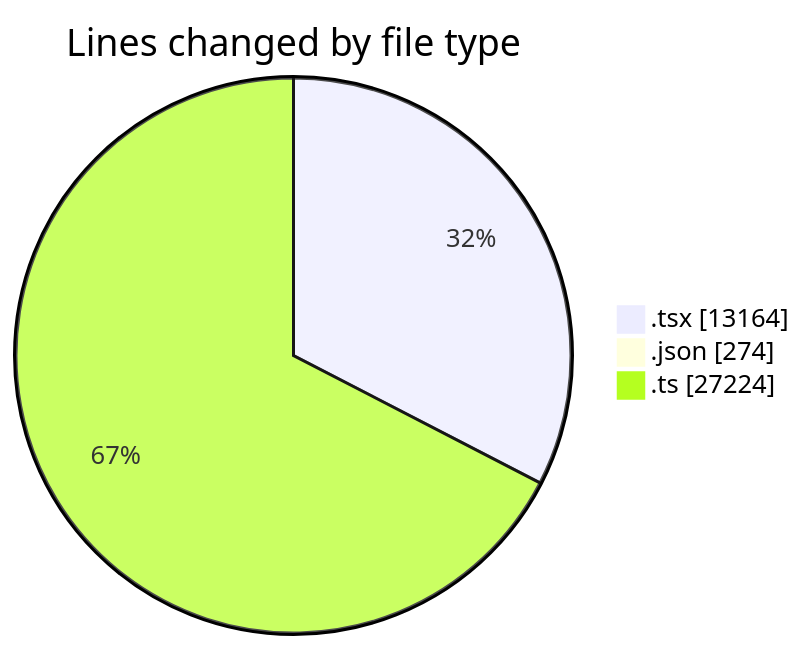
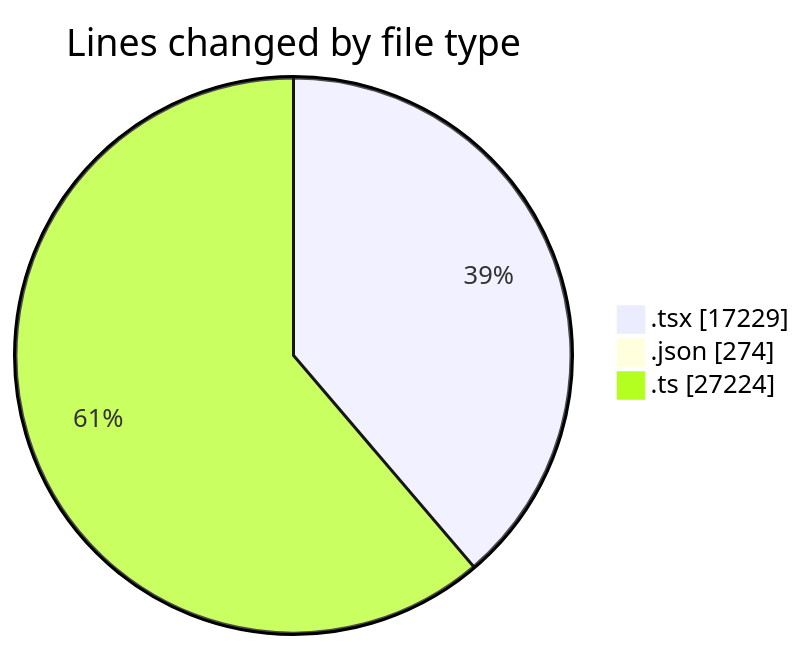
Before and after one commit to momahboobian/code-tracking: the first of 2 diagrams in 2026-11-13/broadcaster-v6-feature/README.md, drawn with Mermaid. The commit also changed other lines of this file and 1 other file, not shown here.

````diff
--- a/2026-11-13/broadcaster-v6-feature/README.md
+++ b/2026-11-13/broadcaster-v6-feature/README.md
@@ -75,7 +79,7 @@
 ```mermaid
 pie showData
 title Lines changed by file type
-".tsx" : 13164
+".tsx" : 17229
 ".json" : 274
 ".ts" : 27224
 ```
````
